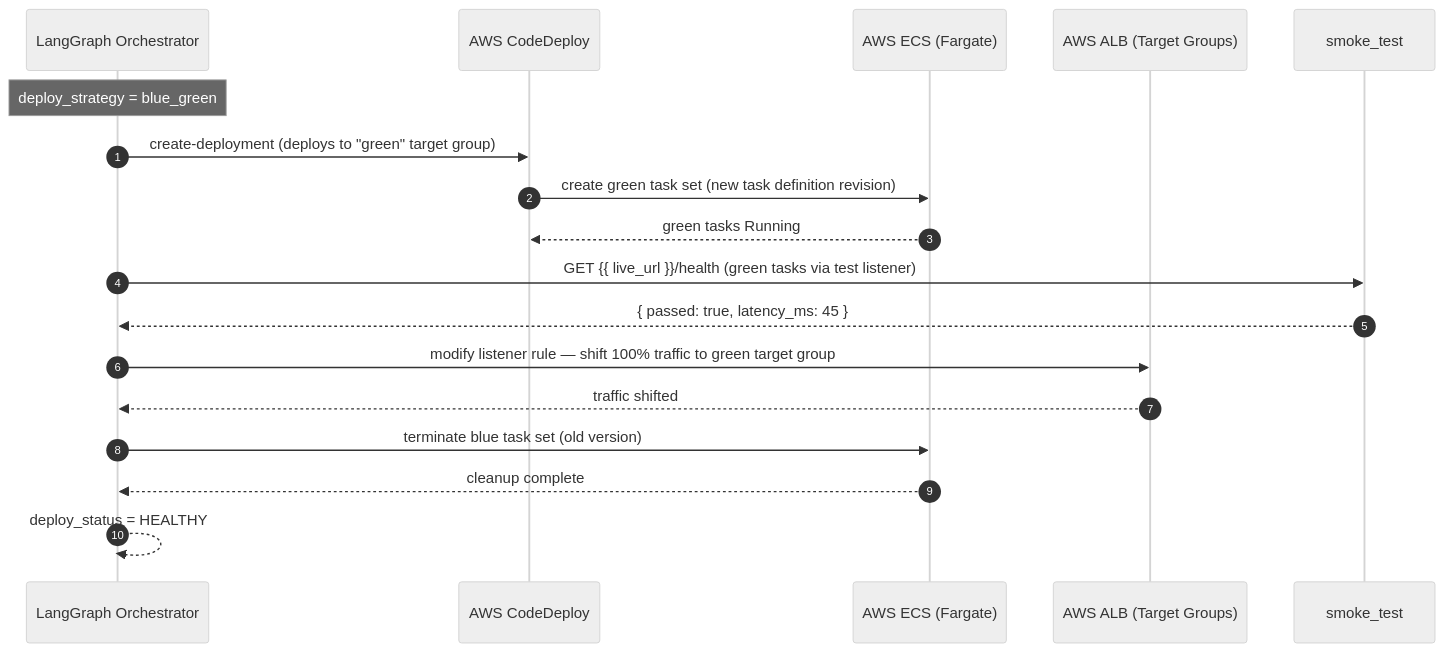
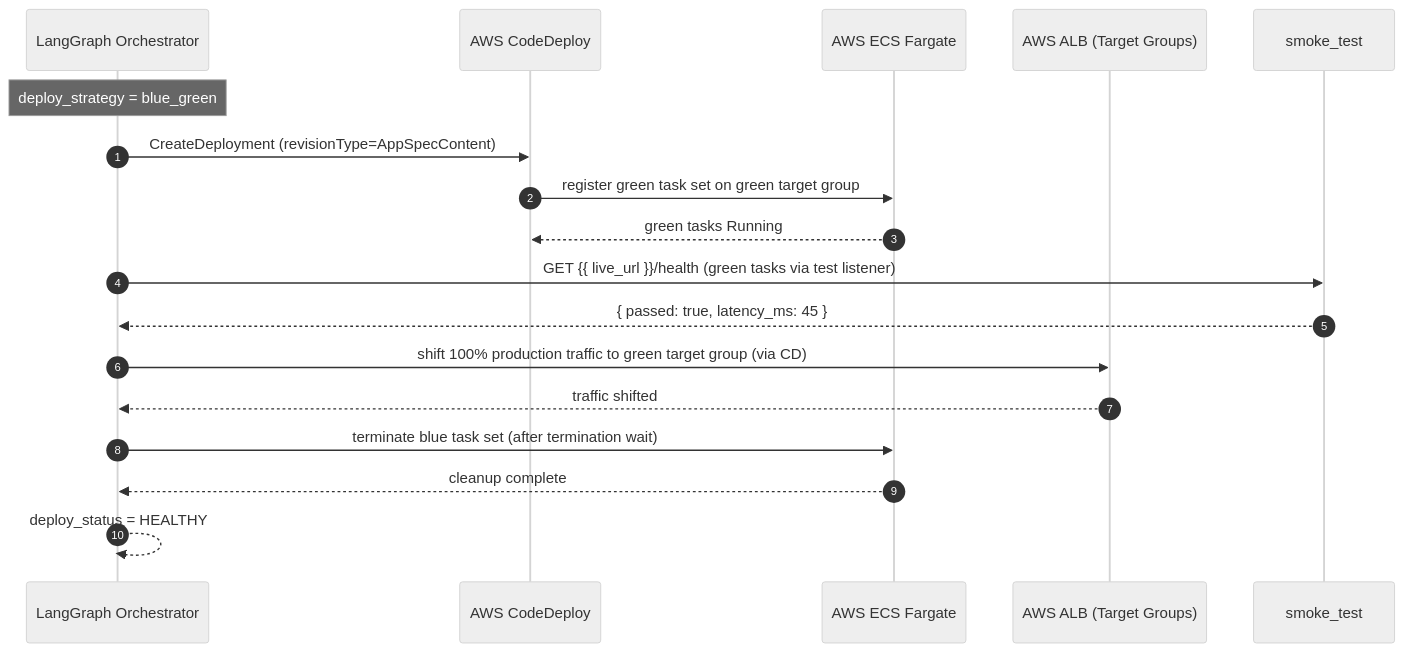
One commit to kaushraj1/AutoFounder changed the fifth of 5 diagrams in docs/architecture/Agents-Architecture/devops-agent.md. Above: the diagram before and after it, drawn with Mermaid (neutral theme). The commit also changed other lines of this file and 4 other files, not shown here.

Commit message:
Architect+DevOps LLD sync (ECS Fargate, Supabase, SQLAlchemy, FastAPI); rename tenant_id -> organization_id; add Pillar5 plan/dummy-input and learning-log

````diff
--- a/docs/architecture/Agents-Architecture/devops-agent.md
+++ b/docs/architecture/Agents-Architecture/devops-agent.md
@@ -1680,26 +1838,26 @@
 ```mermaid
 sequenceDiagram
     autonumber
     participant Graph as LangGraph Orchestrator
     participant CD    as AWS CodeDeploy
-    participant ECS   as AWS ECS (Fargate)
+    participant ECS   as AWS ECS Fargate
     participant ALB   as AWS ALB (Target Groups)
     participant Smoke as smoke_test
 
     Note over Graph: deploy_strategy = blue_green
 
-    Graph ->> CD: create-deployment (deploys to "green" target group)
-    CD ->> ECS: create green task set (new task definition revision)
+    Graph ->> CD: CreateDeployment (revisionType=AppSpecContent)
+    CD ->> ECS: register green task set on green target group
     ECS -->> CD: green tasks Running
 
     Graph ->> Smoke: GET {{ live_url }}/health (green tasks via test listener)
     Smoke -->> Graph: { passed: true, latency_ms: 45 }
 
-    Graph ->> ALB: modify listener rule — shift 100% traffic to green target group
+    Graph ->> ALB: shift 100% production traffic to green target group (via CD)
     ALB -->> Graph: traffic shifted
 
-    Graph ->> ECS: terminate blue task set (old version)
+    Graph ->> ECS: terminate blue task set (after termination wait)
     ECS -->> Graph: cleanup complete
 
     Graph -->> Graph: deploy_status = HEALTHY
 ```
````
